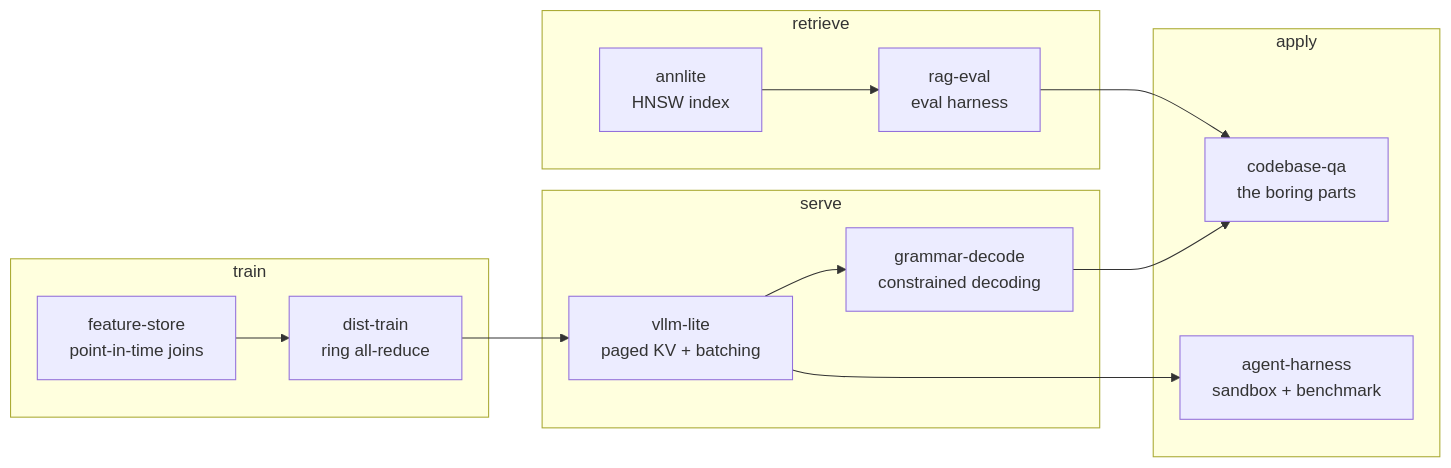
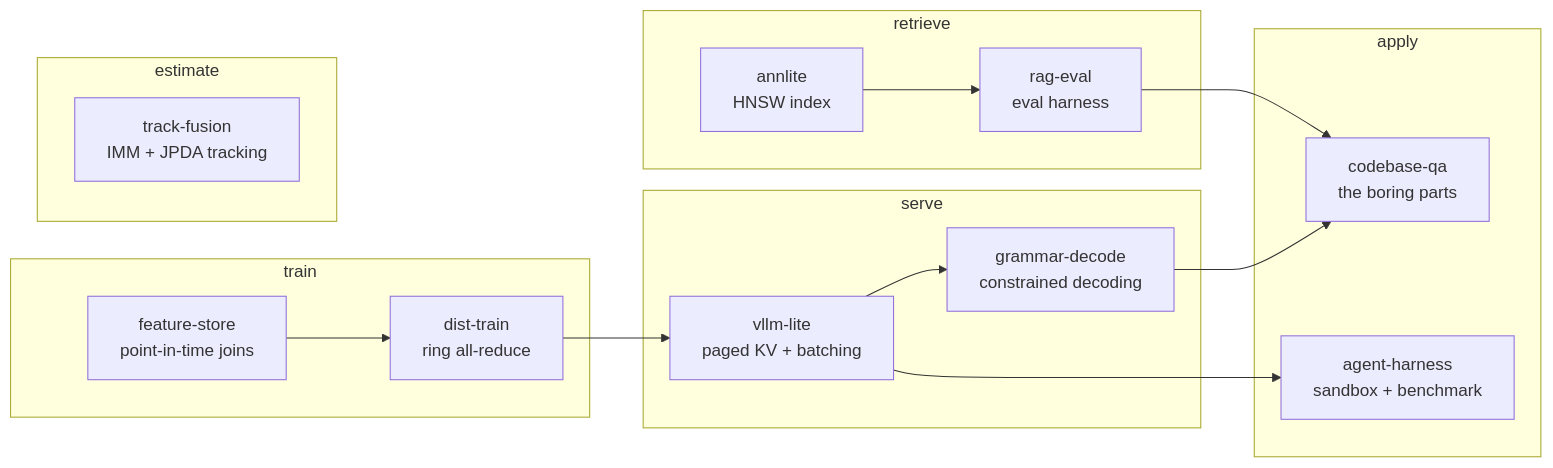
The diagram in README.md (asp53826/asp53826), drawn with Mermaid before and after one commit. The commit also changed other lines of this file and 3 other files, not shown here.

Commit message:
Add track-fusion; banner now 555 tests across 9 repositories

````diff
--- a/README.md
+++ b/README.md
@@ -41,24 +43,27 @@
 ```mermaid
 flowchart LR
   subgraph TRAIN [train]
     B[feature-store<br/>point-in-time joins]
     A[dist-train<br/>ring all-reduce]
   end
   subgraph SERVE [serve]
     C[vllm-lite<br/>paged KV + batching]
     D[grammar-decode<br/>constrained decoding]
   end
   subgraph RETRIEVE [retrieve]
     E[annlite<br/>HNSW index]
     F[rag-eval<br/>eval harness]
   end
   subgraph APPLY [apply]
     G[agent-harness<br/>sandbox + benchmark]
     H[codebase-qa<br/>the boring parts]
   end
+  subgraph SENSE [estimate]
+    I[track-fusion<br/>IMM + JPDA tracking]
+  end
 
   B --> A --> C --> D
   E --> F --> H
   C --> G
   D --> H
 ```
````
